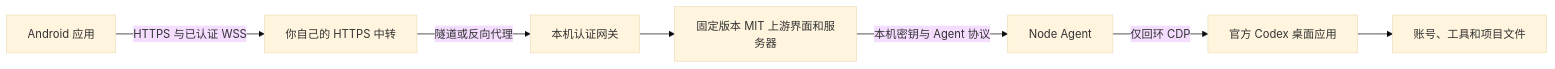
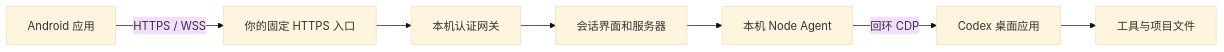
The diagram in README.zh-CN.md (SunS1eep1ng/codex-phone), drawn with Mermaid (base theme) before and after one commit. The commit also changed other lines of this file and 2 other files, not shown here.

````diff
--- a/README.zh-CN.md
+++ b/README.zh-CN.md
@@ -21,9 +116,9 @@
 ```mermaid
 flowchart LR
-  Phone[Android 应用] -->|HTTPS 与已认证 WSS| Relay[你自己的 HTTPS 中转]
-  Relay -->|隧道或反向代理| Gateway[本机认证网关]
-  Gateway --> UI[固定版本 MIT 上游界面和服务器]
-  UI -->|本机密钥与 Agent 协议| Agent[Node Agent]
-  Agent -->|仅回环 CDP| Desktop[官方 Codex 桌面应用]
-  Desktop --> Files[账号、工具和项目文件]
+  Phone[Android 应用] -->|HTTPS / WSS| Relay[你的固定 HTTPS 入口]
+  Relay --> Gateway[本机认证网关]
+  Gateway --> UI[会话界面和服务器]
+  UI --> Agent[本机 Node Agent]
+  Agent -->|回环 CDP| Desktop[Codex 桌面应用]
+  Desktop --> Files[工具与项目文件]
 ```
````
